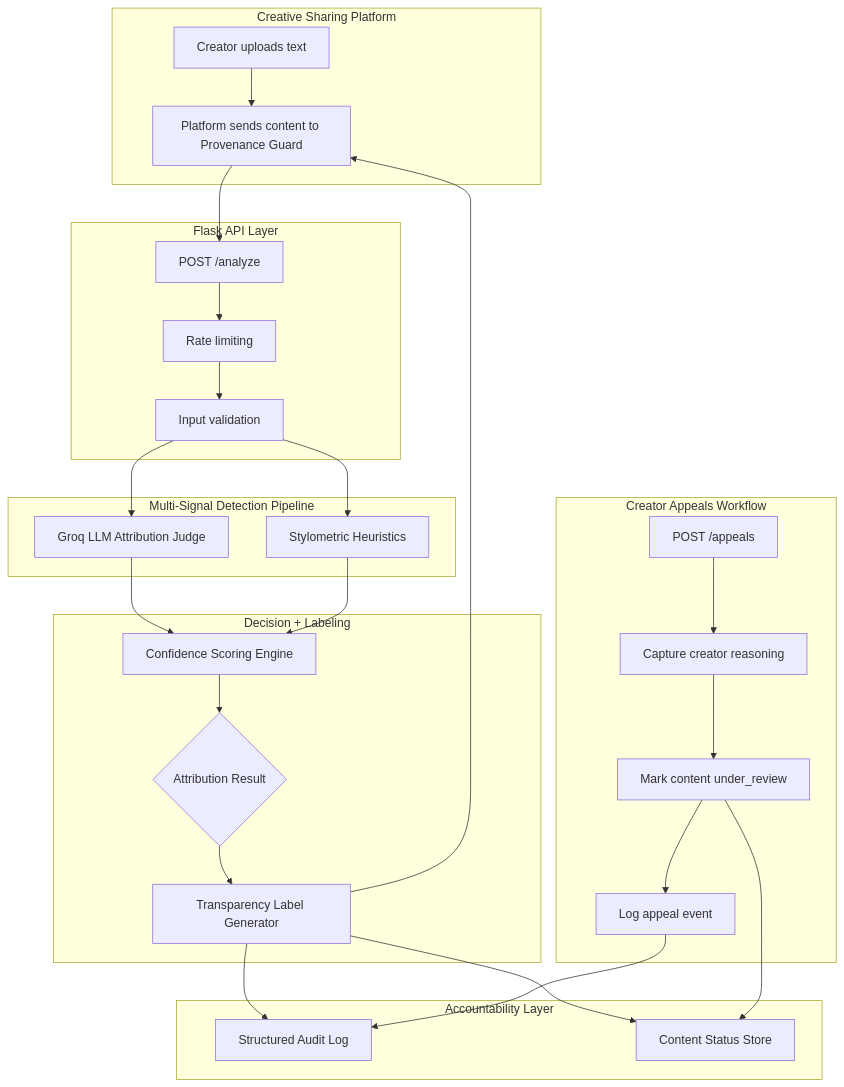
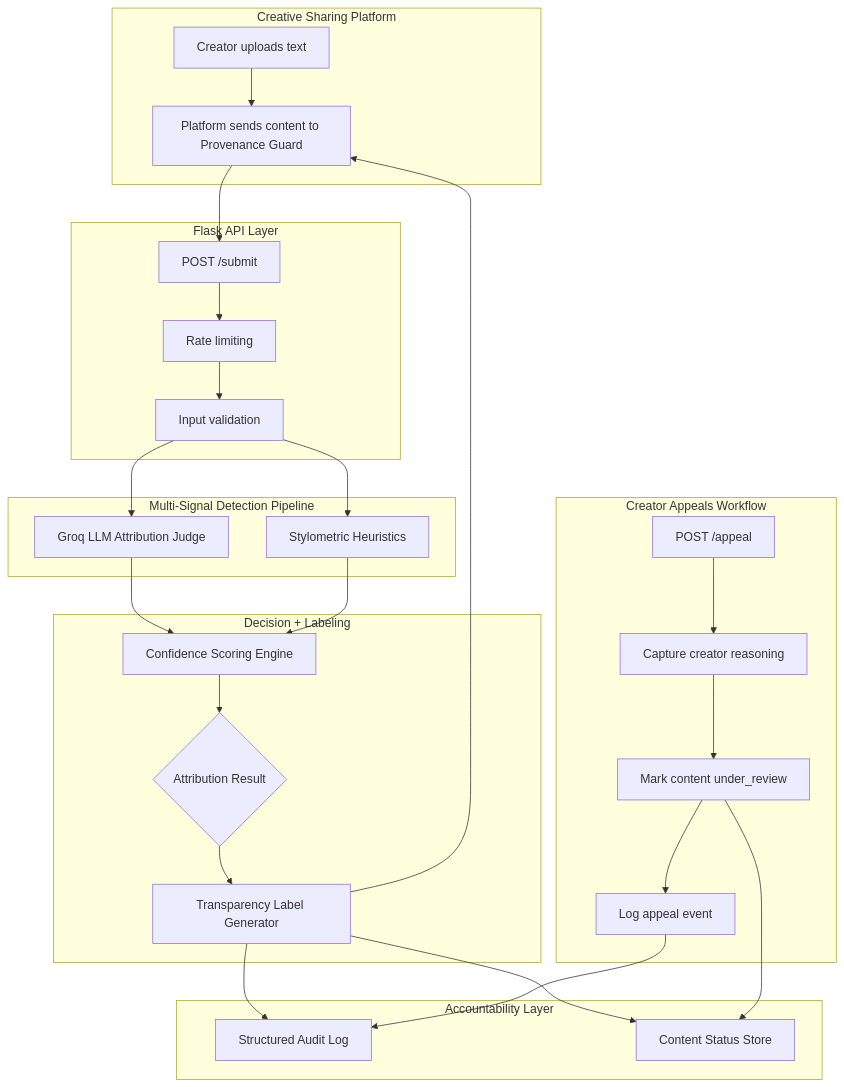
Before and after one commit to j25palafox/ai201-project4-provenance-guard: the diagram in planning.md, drawn with Mermaid. The commit also changed other lines of this file and 12 other files, not shown here.

````diff
--- a/planning.md
+++ b/planning.md
@@ -15,50 +15,50 @@
 ```mermaid
 flowchart TD
     subgraph Client["Creative Sharing Platform"]
         A[Creator uploads text]
         B[Platform sends content to Provenance Guard]
     end
 
     subgraph API["Flask API Layer"]
-        C[POST /analyze]
+        C[POST /submit]
         D[Rate limiting]
         E[Input validation]
     end
 
     subgraph Detection["Multi-Signal Detection Pipeline"]
         F[Groq LLM Attribution Judge]
         G[Stylometric Heuristics]
     end
 
     subgraph Decision["Decision + Labeling"]
         H[Confidence Scoring Engine]
         I{Attribution Result}
         J[Transparency Label Generator]
     end
 
     subgraph Records["Accountability Layer"]
         K[Structured Audit Log]
         L[Content Status Store]
     end
 
     subgraph Appeals["Creator Appeals Workflow"]
-        M[POST /appeals]
+        M[POST /appeal]
         N[Capture creator reasoning]
         O[Mark content under_review]
         P[Log appeal event]
     end
 
     A --> B --> C --> D --> E
     E --> F
     E --> G
     F --> H
     G --> H
     H --> I
     I --> J
     J --> K
     J --> L
     J --> B
 
     M --> N --> O --> P --> K
     O --> L
 ```
````
